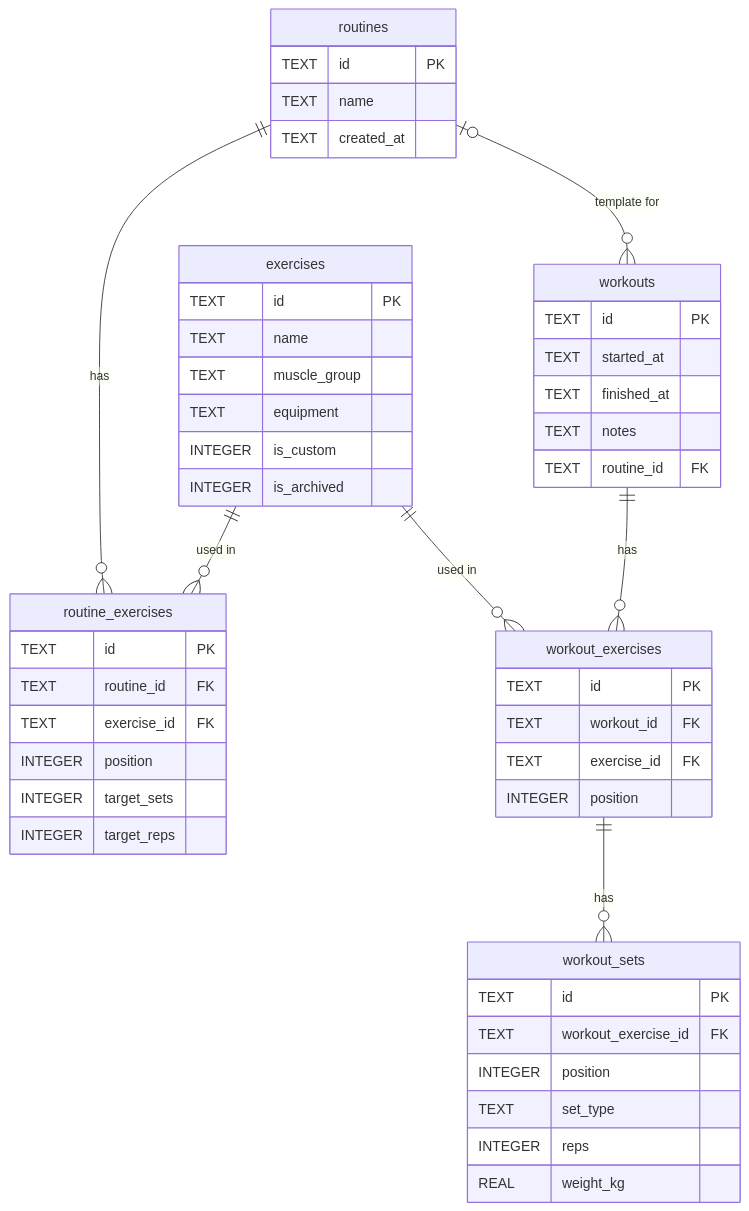
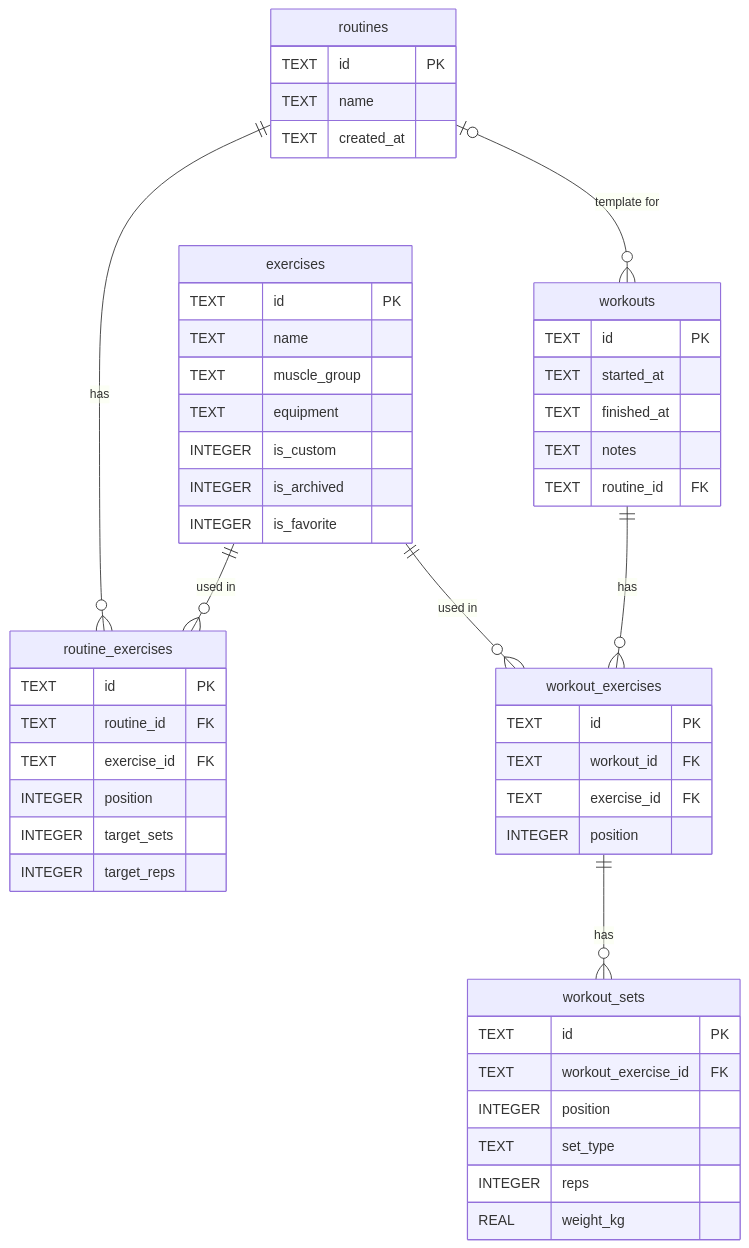
One commit to ABorges2003/GymLog changed the first of 2 diagrams in README.md. Above: the diagram before and after it, drawn with Mermaid. The commit also changed other lines of this file and 19 other files, not shown here.

````diff
--- a/README.md
+++ b/README.md
@@ -97,52 +99,53 @@
 ```mermaid
 erDiagram
     routines ||--o{ routine_exercises : "has"
     routines |o--o{ workouts : "template for"
     exercises ||--o{ routine_exercises : "used in"
     exercises ||--o{ workout_exercises : "used in"
     workouts ||--o{ workout_exercises : "has"
     workout_exercises ||--o{ workout_sets : "has"
 
     routines {
         TEXT id PK
         TEXT name
         TEXT created_at
     }
     routine_exercises {
         TEXT id PK
         TEXT routine_id FK
         TEXT exercise_id FK
         INTEGER position
         INTEGER target_sets
         INTEGER target_reps
     }
     exercises {
         TEXT id PK
         TEXT name
         TEXT muscle_group
         TEXT equipment
         INTEGER is_custom
         INTEGER is_archived
+        INTEGER is_favorite
     }
     workouts {
         TEXT id PK
         TEXT started_at
         TEXT finished_at
         TEXT notes
         TEXT routine_id FK
     }
     workout_exercises {
         TEXT id PK
         TEXT workout_id FK
         TEXT exercise_id FK
         INTEGER position
     }
     workout_sets {
         TEXT id PK
         TEXT workout_exercise_id FK
         INTEGER position
         TEXT set_type
         INTEGER reps
         REAL weight_kg
     }
 ```
````
